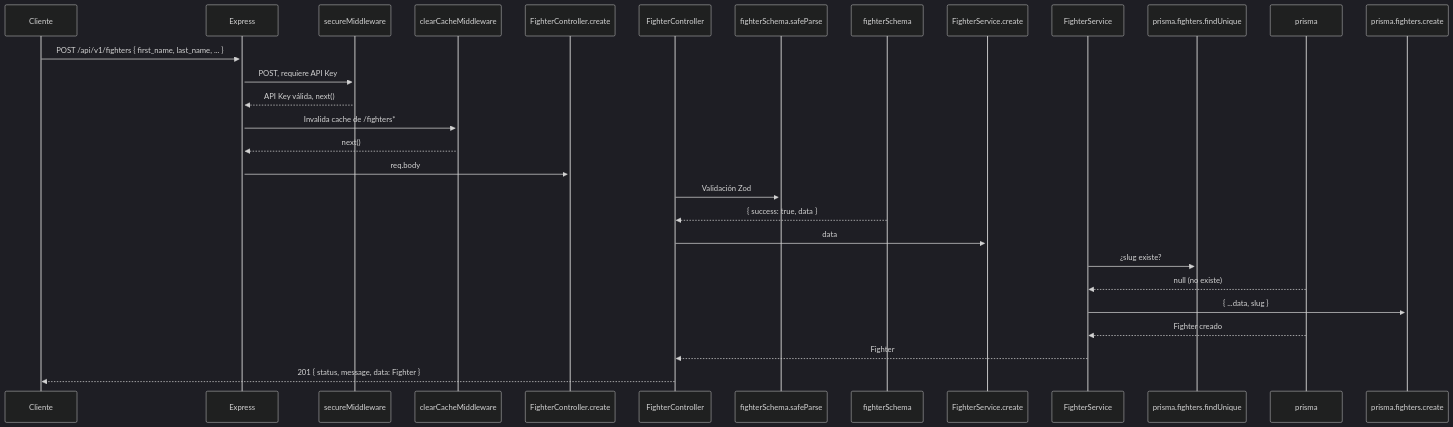
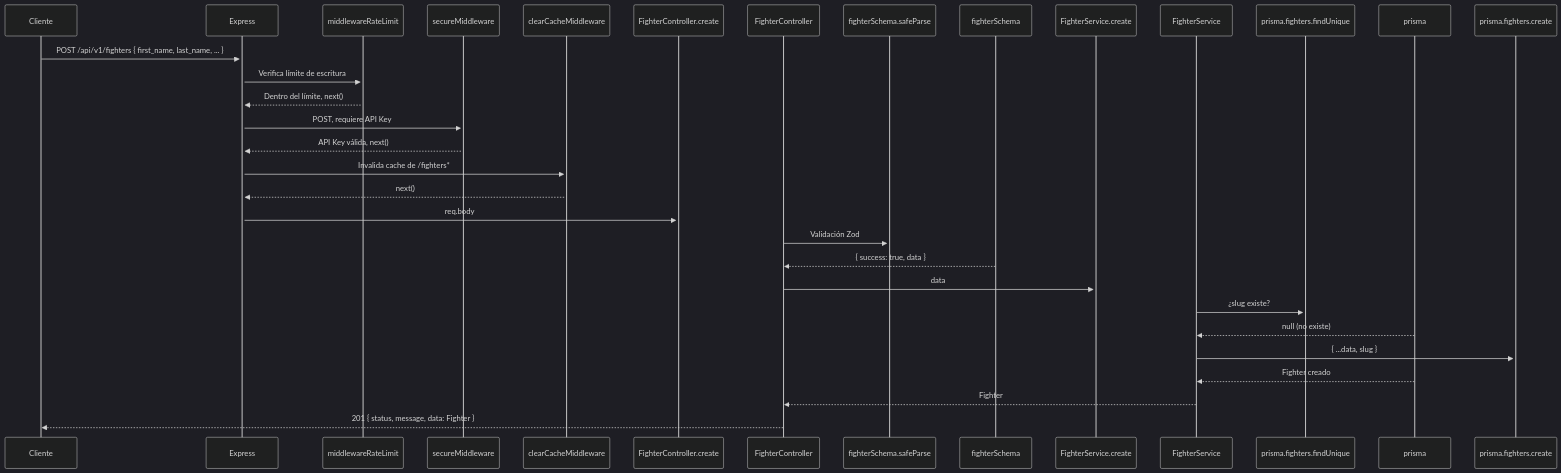
One commit to JoseS-Dev/VeloMMA changed the diagram in backend/README.md. Above: the diagram before and after it, drawn with Mermaid (dark theme). The commit also changed other lines of this file, not shown here.

Commit message:
docs: :memo: actualizado la información del repo

````diff
--- a/backend/README.md
+++ b/backend/README.md
@@ -528,18 +935,20 @@
 ```mermaid
 sequenceDiagram
     Cliente->>+Express: POST /api/v1/fighters { first_name, last_name, ... }
+    Express->>+middlewareRateLimit: Verifica límite de escritura
+    middlewareRateLimit-->>Express: Dentro del límite, next()
     Express->>+secureMiddleware: POST, requiere API Key
     secureMiddleware-->>Express: API Key válida, next()
     Express->>+clearCacheMiddleware: Invalida cache de /fighters*
     clearCacheMiddleware-->>Express: next()
     Express->>+FighterController.create: req.body
     FighterController->>+fighterSchema.safeParse: Validación Zod
     fighterSchema-->>FighterController: { success: true, data }
     FighterController->>+FighterService.create: data
     FighterService->>+prisma.fighters.findUnique: ¿slug existe?
     prisma-->>FighterService: null (no existe)
     FighterService->>+prisma.fighters.create: { ...data, slug }
     prisma-->>FighterService: Fighter creado
     FighterService-->>FighterController: Fighter
     FighterController-->>Cliente: 201 { status, message, data: Fighter }
 ```
````
